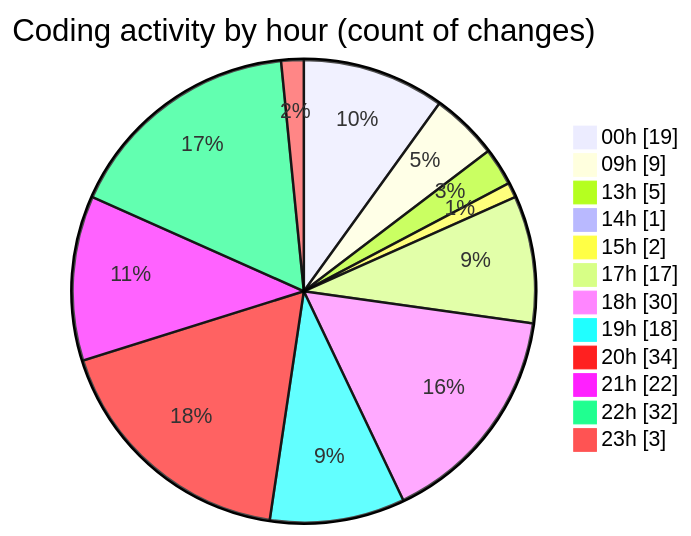
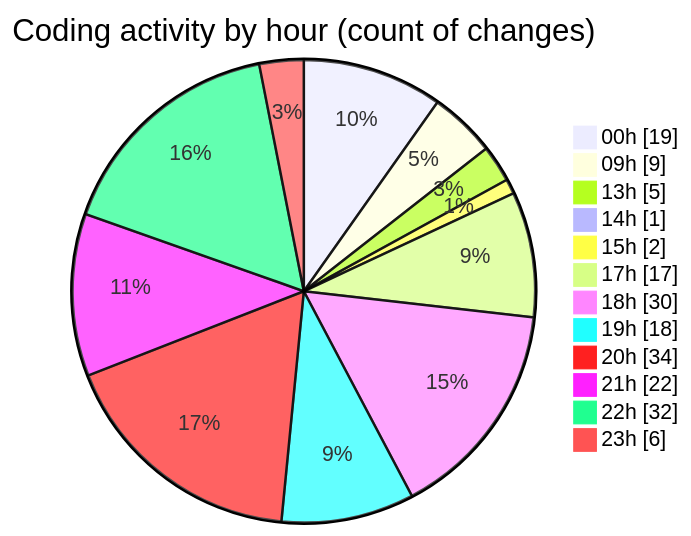
The second of 2 diagrams in 2025-08-12/ribbon/README.md (EIIisD/code-tracking), drawn with Mermaid before and after one commit. The commit also changed other lines of this file and 1 other file, not shown here.

````diff
--- a/2025-08-12/ribbon/README.md
+++ b/2025-08-12/ribbon/README.md
@@ -58,16 +58,16 @@
 ```mermaid
 pie showData
 title Coding activity by hour (count of changes)
 "00h" : 19
 "09h" : 9
 "13h" : 5
 "14h" : 1
 "15h" : 2
 "17h" : 17
 "18h" : 30
 "19h" : 18
 "20h" : 34
 "21h" : 22
 "22h" : 32
-"23h" : 3
+"23h" : 6
 ```
````
